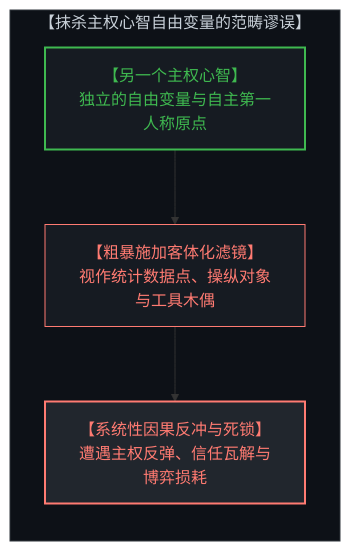
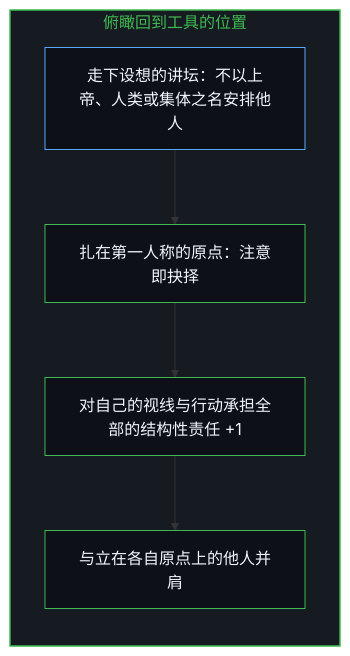
Diagram 11 of 12 in content/posts/the-origin-of-god-and-the-flattening-of-we.md (powerpig99/not-a-toe), drawn with Mermaid before and after one commit. The commit also changed other lines of this file and 2 other files, not shown here.

Commit message:
Refine the-origin-of-god: alternating bilingual layout, six paired diagrams, the overview as a reading, implicit first person

````diff
--- a/content/posts/the-origin-of-god-and-the-flattening-of-we.md
+++ b/content/posts/the-origin-of-god-and-the-flattening-of-we.md
@@ -238,15 +303,19 @@
 ```mermaid
-graph TD
-    subgraph CategoricalError["【抹杀主权心智自由变量的范畴谬误】"]
+flowchart TD
+    subgraph S_Back["俯瞰回到工具的位置"]
         direction TB
-        OtherMindOrigin["【另一个主权心智】<br>独立的自由变量与自主第一人称原点"]
-        ObjectifyingLens["【粗暴施加客体化滤镜】<br>视作统计数据点、操纵对象与工具木偶"]
-        CausalBacklash["【系统性因果反冲与死锁】<br>遭遇主权反弹、信任瓦解与博弈损耗"]
-        OtherMindOrigin --> ObjectifyingLens
-        ObjectifyingLens --> CausalBacklash
+        Down["走下设想的讲坛：不以上帝、人类或集体之名安排他人"]
+        Root["扎在第一人称的原点：注意即抉择"]
+        Own["对自己的视线与行动承担全部的结构性责任 +1"]
+        Beside["与立在各自原点上的他人并肩"]
+        Down --> Root
+        Root --> Own
+        Own --> Beside
     end
-    style CategoricalError fill:#0d1117,stroke:#30363d,stroke-width:1px,color:#c9d1d9
-    style OtherMindOrigin fill:#161b22,stroke:#3fb950,stroke-width:2px,color:#3fb950
-    style ObjectifyingLens fill:#161b22,stroke:#ff7b72,stroke-width:1px,color:#ff7b72
-    style CausalBacklash fill:#21262d,stroke:#ff7b72,stroke-width:2px,color:#ff7b72
+
+    style S_Back fill:#161b22,stroke:#3fb950,stroke-width:1.5px,color:#3fb950
+    style Down fill:#0d1117,stroke:#58a6ff,stroke-width:1px,color:#f0f6fc
+    style Root fill:#0d1117,stroke:#3fb950,stroke-width:1px,color:#f0f6fc
+    style Own fill:#0d1117,stroke:#3fb950,stroke-width:1px,color:#f0f6fc
+    style Beside fill:#0d1117,stroke:#3fb950,stroke-width:1px,color:#f0f6fc
 ```
````
